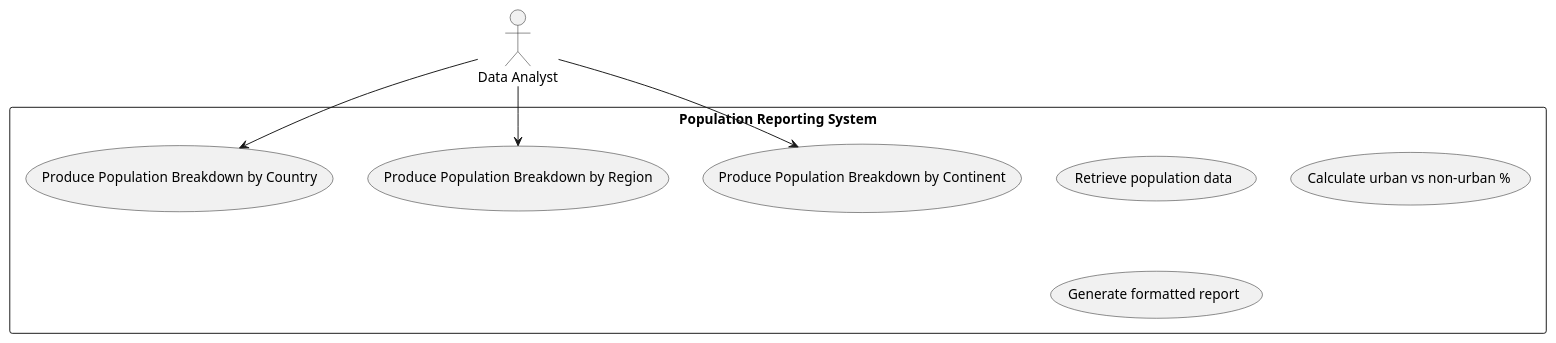
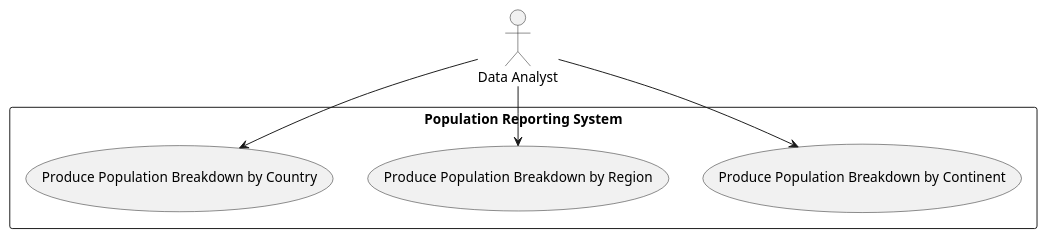
Before and after one commit to DevOps-Group4-2025/Group-4-DevOps: the diagram in use-cases/Population-Breakdown.puml, drawn with PlantUML. The commit also changed 2 other files, not shown here.

Commit message:
Adding simple diagrams for City-Report and CountryPopulationReports

```diff
--- a/use-cases/Population-Breakdown.puml
+++ b/use-cases/Population-Breakdown.puml
@@ -1,18 +1,14 @@
 @startuml
 actor "Data Analyst" as Analyst
 
 rectangle "Population Reporting System" {
   usecase "Produce Population Breakdown by Continent" as UC23
   usecase "Produce Population Breakdown by Region" as UC24
   usecase "Produce Population Breakdown by Country" as UC25
 
-  usecase "Retrieve population data" as UC_R
-  usecase "Calculate urban vs non-urban %" as UC_C
-  usecase "Generate formatted report" as UC_G
-
 }
 
 Analyst --> UC23
 Analyst --> UC24
 Analyst --> UC25
 @enduml
```
